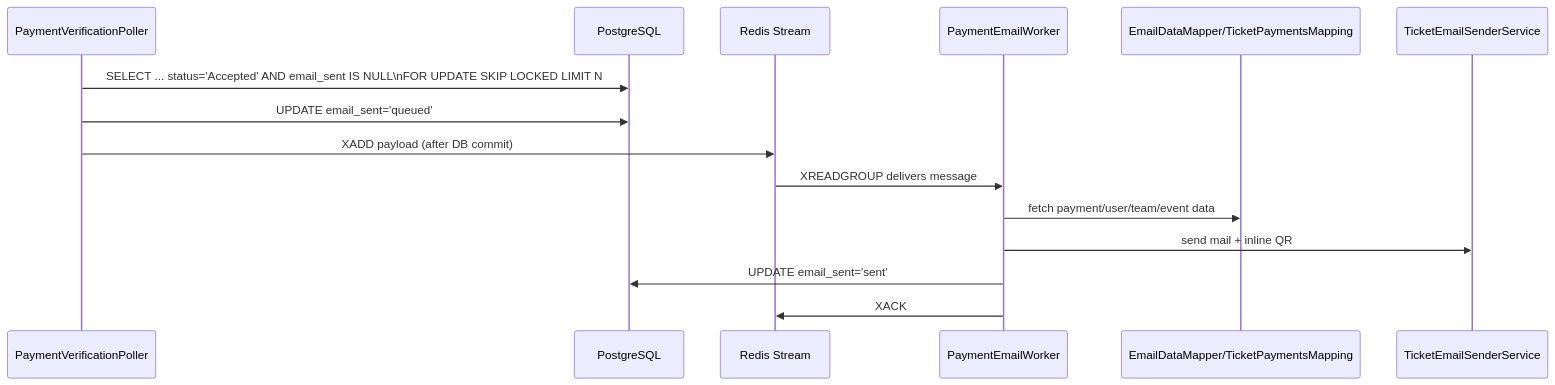
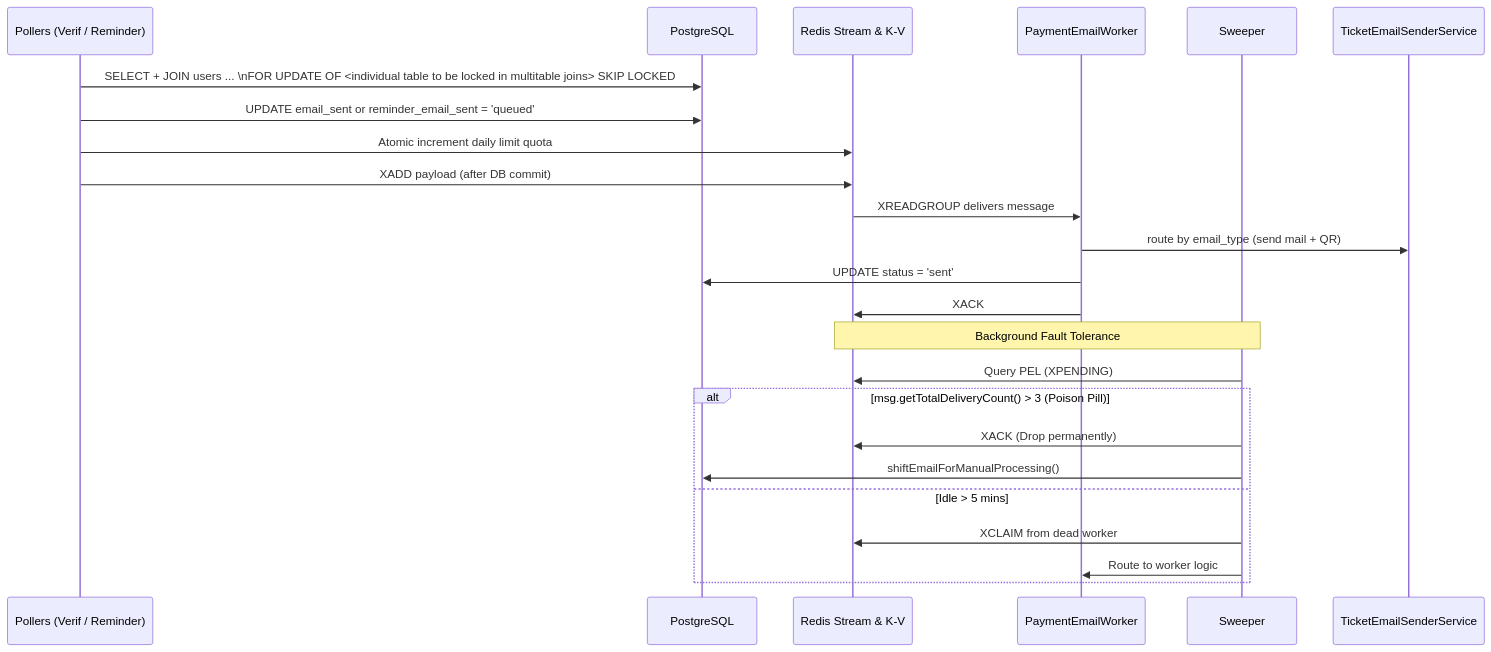
The second of 2 diagrams in README.md (AvGeeky/SSNInventePaymentSystem_Backend2026), drawn with Mermaid before and after one commit. The commit also changed other lines of this file, not shown here.

First line of the commit message:
Update README with architecture and technical details

````diff
--- a/README.md
+++ b/README.md
@@ -196,18 +158,29 @@
 ```mermaid
 sequenceDiagram
-    participant P as PaymentVerificationPoller
+    participant P as Pollers (Verif / Reminder)
     participant DB as PostgreSQL
-    participant R as Redis Stream
+    participant R as Redis Stream & K-V
     participant W as PaymentEmailWorker
-    participant M as EmailDataMapper/TicketPaymentsMapping
+    participant S as Sweeper
     participant E as TicketEmailSenderService
 
-    P->>DB: SELECT ... status='Accepted' AND email_sent IS NULL\nFOR UPDATE SKIP LOCKED LIMIT N
-    P->>DB: UPDATE email_sent='queued'
+    P->>DB: SELECT + JOIN users ... \nFOR UPDATE OF <individual table to be locked in multitable joins> SKIP LOCKED
+    P->>DB: UPDATE email_sent or reminder_email_sent = 'queued'
+    P->>R: Atomic increment daily limit quota
     P->>R: XADD payload (after DB commit)
     R->>W: XREADGROUP delivers message
-    W->>M: fetch payment/user/team/event data
-    W->>E: send mail + inline QR
-    W->>DB: UPDATE email_sent='sent'
+    W->>E: route by email_type (send mail + QR)
+    W->>DB: UPDATE status = 'sent'
     W->>R: XACK
+    
+    Note over S, R: Background Fault Tolerance
+    S->>R: Query PEL (XPENDING)
+    alt msg.getTotalDeliveryCount() > 3 (Poison Pill)
+        S->>R: XACK (Drop permanently)
+        S->>DB: shiftEmailForManualProcessing()
+    else Idle > 5 mins
+        S->>R: XCLAIM from dead worker
+        S->>W: Route to worker logic
+    end
+
 ```
````
